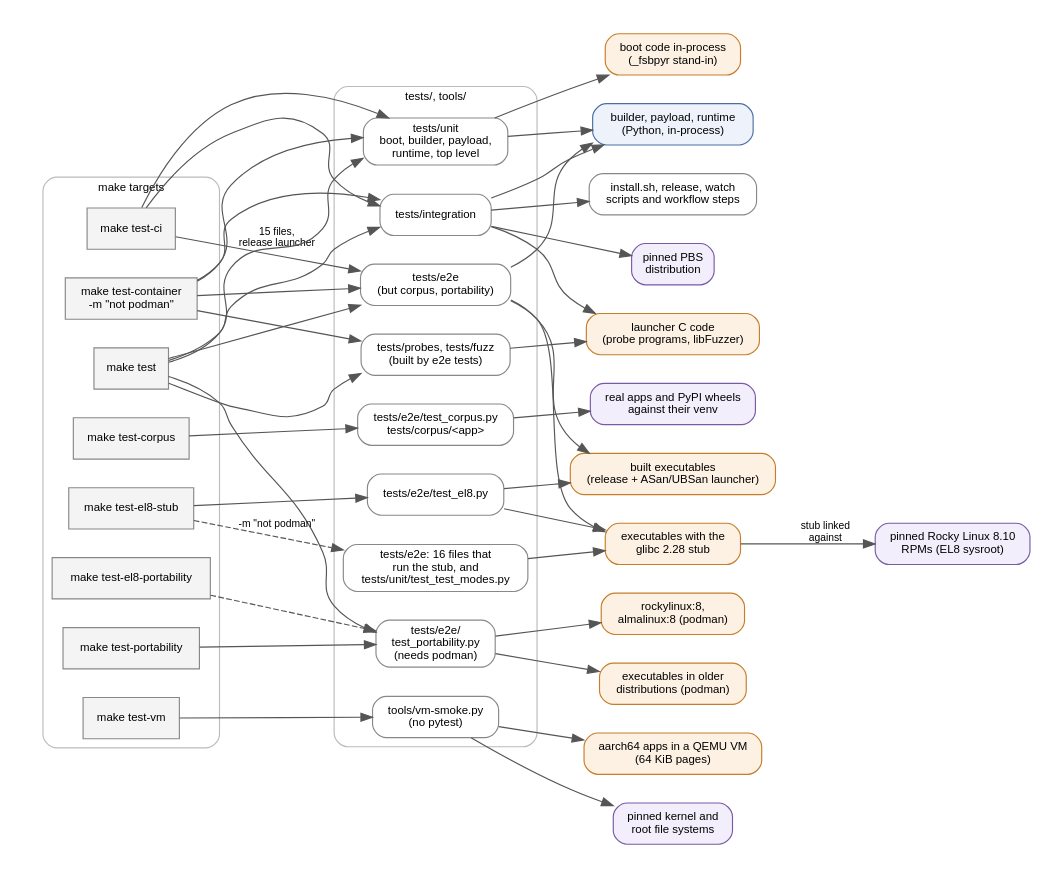
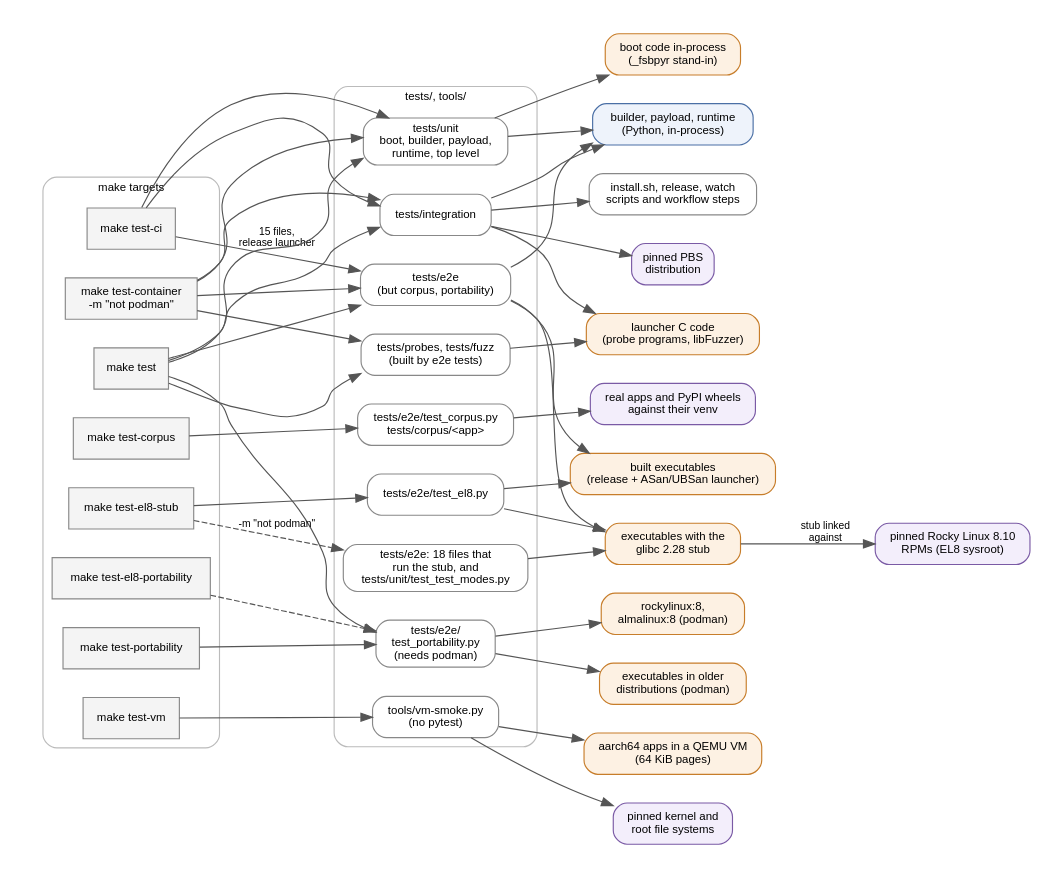
One commit to devitops-com/fsbpyr changed the diagram in wiki/diagrams/testing-layers.dot. Above: the diagram before and after it, drawn with Graphviz. The commit also changed 3 other files, not shown here.

First line of the commit message:
test: the EL8 tests run the way-target and read-failure tests too

```diff
--- a/wiki/diagrams/testing-layers.dot
+++ b/wiki/diagrams/testing-layers.dot
@@ -1,91 +1,91 @@
 // The test layers of fsbpyr v0.30.0: which make target runs each (left), the test
 // directories and tools/vm-smoke.py (middle), and what each exercises (right). Colours on the
 // right follow the wiki's legend: build time (blue), run time inside a built executable
 // (orange), external inputs (purple). Make targets and test directories are neutral (grey,
 // white). make test-el8 is make test-el8-stub and make test-el8-portability; the dashed edges
 // run in the EL8 test mode (FSBPYR_TEST_GLIBC=2.28).
 digraph testing_layers {
   graph [fontname="Helvetica" fontsize=11 rankdir=LR bgcolor="white" pad=0.3 nodesep=0.35 ranksep=0.5];
   node [fontname="Helvetica" fontsize=10 shape=box style="rounded,filled" fillcolor="#eef3fb" color="#4a6fa5"];
   edge [fontname="Helvetica" fontsize=9 color="#555555"];
 
   subgraph cluster_make {
     label="make targets"; color="#bbbbbb"; style="rounded"; fontsize=10;
     node [style="filled" fillcolor="#f4f4f4" color="#888888"];
     test_ci [label="make test-ci"];
     test [label="make test"];
     test_container [label="make test-container\n-m \"not podman\""];
     test_corpus [label="make test-corpus"];
     test_portability [label="make test-portability"];
     test_el8_stub [label="make test-el8-stub"];
     test_el8_portability [label="make test-el8-portability"];
     test_vm [label="make test-vm"];
   }
 
   subgraph cluster_tests {
     label="tests/, tools/"; color="#bbbbbb"; style="rounded"; fontsize=10;
     node [fillcolor="#ffffff" color="#888888"];
     unit [label="tests/unit\nboot, builder, payload,\nruntime, top level"];
     integration [label="tests/integration"];
     e2e [label="tests/e2e\n(but corpus, portability)"];
-    el8_files [label="tests/e2e: 16 files that\nrun the stub, and\ntests/unit/test_test_modes.py"];
+    el8_files [label="tests/e2e: 18 files that\nrun the stub, and\ntests/unit/test_test_modes.py"];
     el8_test [label="tests/e2e/test_el8.py"];
     probes [label="tests/probes, tests/fuzz\n(built by e2e tests)"];
     portability [label="tests/e2e/\ntest_portability.py\n(needs podman)"];
     corpus [label="tests/e2e/test_corpus.py\ntests/corpus/<app>"];
     vmsmoke [label="tools/vm-smoke.py\n(no pytest)"];
   }
 
   python [label="builder, payload, runtime\n(Python, in-process)"];
   boot [label="boot code in-process\n(_fsbpyr stand-in)" fillcolor="#fdf1e3" color="#c77d2a"];
   scripts [label="install.sh, release, watch\nscripts and workflow steps" fillcolor="#ffffff" color="#888888"];
   pbs [label="pinned PBS\ndistribution" fillcolor="#f3eefb" color="#7a5aa5"];
   launcher [label="launcher C code\n(probe programs, libFuzzer)" fillcolor="#fdf1e3" color="#c77d2a"];
   executables [label="built executables\n(release + ASan/UBSan launcher)" fillcolor="#fdf1e3" color="#c77d2a"];
   el8_executables [label="executables with the\nglibc 2.28 stub" fillcolor="#fdf1e3" color="#c77d2a"];
   el8_sysroot [label="pinned Rocky Linux 8.10\nRPMs (EL8 sysroot)" fillcolor="#f3eefb" color="#7a5aa5"];
   distributions [label="executables in older\ndistributions (podman)" fillcolor="#fdf1e3" color="#c77d2a"];
   el8_images [label="rockylinux:8,\nalmalinux:8 (podman)" fillcolor="#fdf1e3" color="#c77d2a"];
   apps [label="real apps and PyPI wheels\nagainst their venv" fillcolor="#f3eefb" color="#7a5aa5"];
   vm [label="aarch64 apps in a QEMU VM\n(64 KiB pages)" fillcolor="#fdf1e3" color="#c77d2a"];
   kernels [label="pinned kernel and\nroot file systems" fillcolor="#f3eefb" color="#7a5aa5"];
 
   test_ci -> unit;
   test_ci -> integration;
   test_ci -> e2e [label="15 files,\nrelease launcher"];
   test -> unit;
   test -> integration;
   test -> e2e;
   test -> probes;
   test -> portability;
   test_container -> unit;
   test_container -> integration;
   test_container -> e2e;
   test_container -> probes;
   test_corpus -> corpus;
   test_portability -> portability;
   test_el8_stub -> el8_files [style=dashed label="-m \"not podman\""];
   test_el8_stub -> el8_test;
   test_el8_portability -> portability [style=dashed];
   test_vm -> vmsmoke;
 
   unit -> python;
   unit -> boot;
   integration -> python;
   integration -> pbs;
   integration -> scripts;
   integration -> launcher;
   e2e -> python;
   e2e -> executables;
   e2e -> el8_executables;
   el8_files -> el8_executables;
   el8_test -> executables;
   el8_test -> el8_executables;
   el8_executables -> el8_sysroot [label="stub linked\nagainst"];
   probes -> launcher;
   portability -> distributions;
   portability -> el8_images;
   corpus -> apps;
   vmsmoke -> vm;
   vmsmoke -> kernels;
 }
```
